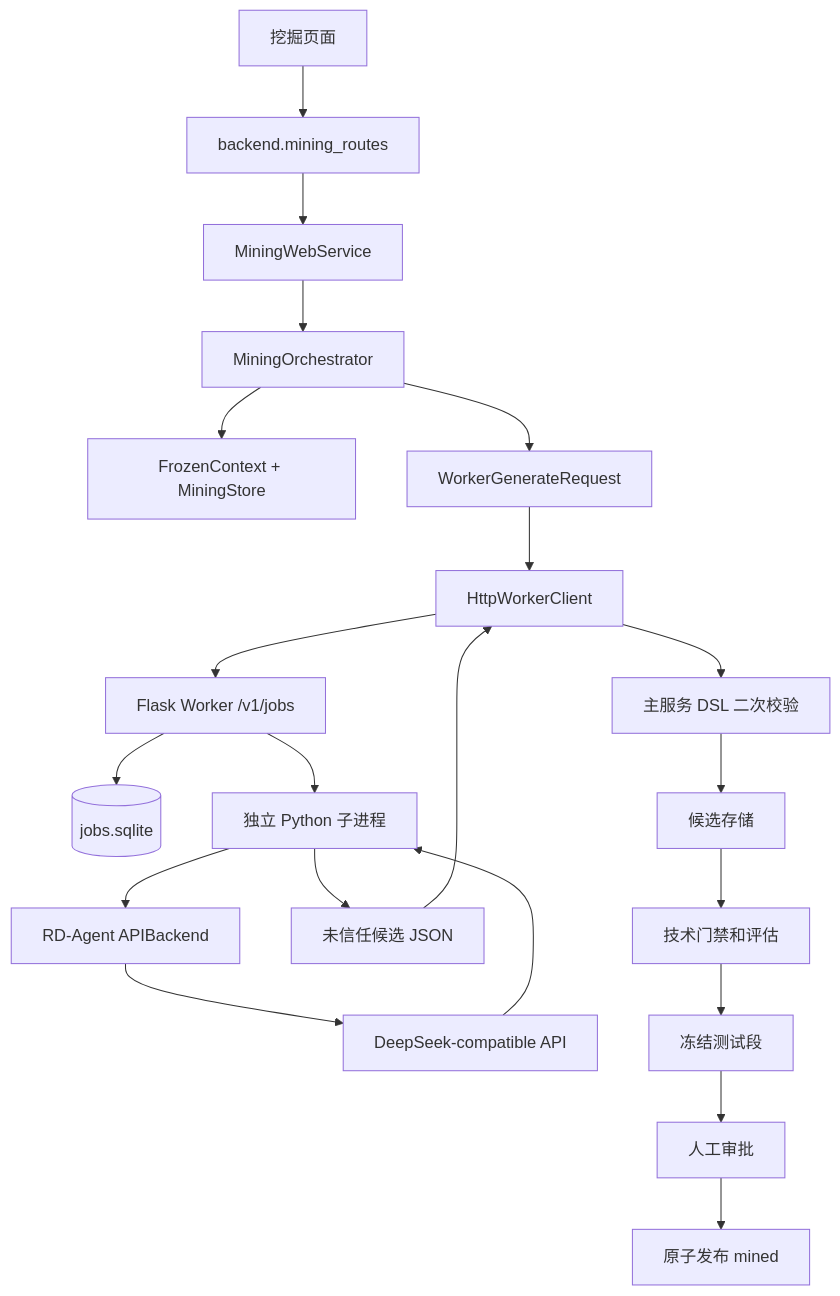
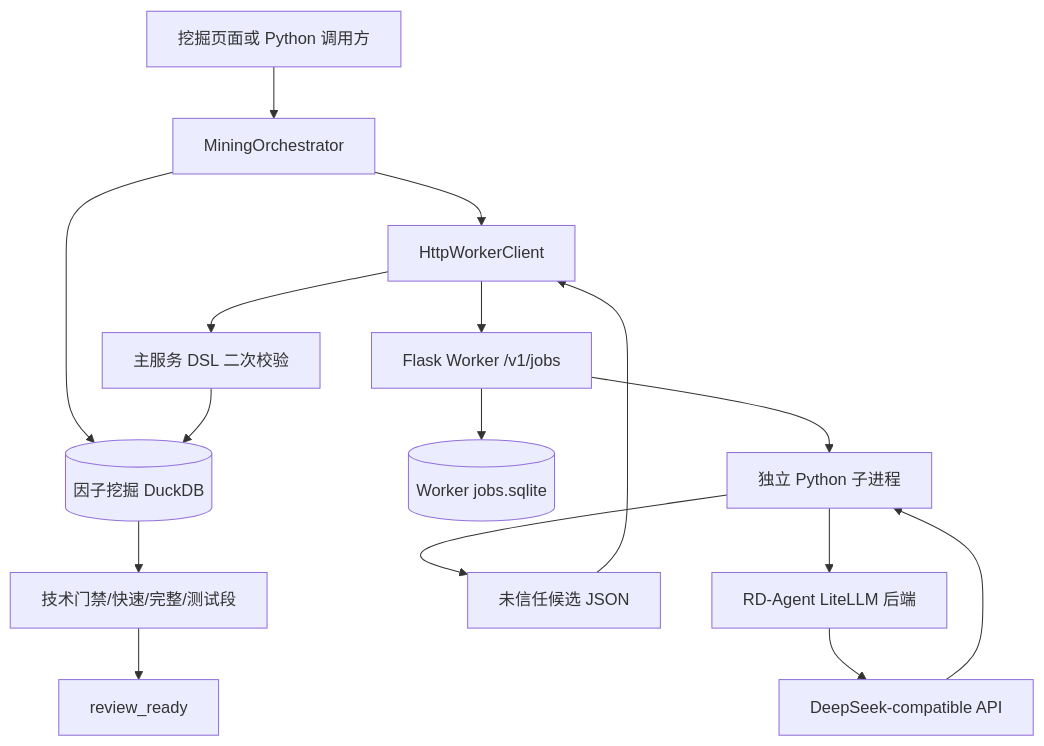
One commit to rowerman/quant-all changed the diagram in docs/project-guide/06-agent-orchestration.md. Above: the diagram before and after it, drawn with Mermaid. The commit also changed other lines of this file and 10 other files, not shown here.

````diff
--- a/docs/project-guide/06-agent-orchestration.md
+++ b/docs/project-guide/06-agent-orchestration.md
@@ -116,23 +36,18 @@
 ```mermaid
 flowchart TD
-  UI[挖掘页面] --> API[backend.mining_routes]
-  API --> SERVICE[MiningWebService]
-  SERVICE --> ORCH[MiningOrchestrator]
-  ORCH --> FROZEN[FrozenContext + MiningStore]
-  ORCH --> REQ[WorkerGenerateRequest]
-  REQ --> CLIENT[HttpWorkerClient]
-  CLIENT --> WORKER[Flask Worker /v1/jobs]
-  WORKER --> SQLITE[(jobs.sqlite)]
-  WORKER --> PROC[独立 Python 子进程]
-  PROC --> RD[RD-Agent APIBackend]
+  UI[挖掘页面或 Python 调用方] --> ORCH[MiningOrchestrator]
+  ORCH --> STORE[(因子挖掘 DuckDB)]
+  ORCH --> CLIENT[HttpWorkerClient]
+  CLIENT --> HTTP[Flask Worker /v1/jobs]
+  HTTP --> JOBS[(Worker jobs.sqlite)]
+  HTTP --> PROC[独立 Python 子进程]
+  PROC --> RD[RD-Agent LiteLLM 后端]
   RD --> LLM[DeepSeek-compatible API]
   LLM --> PROC
   PROC --> DRAFT[未信任候选 JSON]
   DRAFT --> CLIENT
   CLIENT --> VALIDATE[主服务 DSL 二次校验]
-  VALIDATE --> STORE[候选存储]
-  STORE --> EVAL[技术门禁和评估]
-  EVAL --> HOLD[冻结测试段]
-  HOLD --> REVIEW[人工审批]
-  REVIEW --> PUB[原子发布 mined]
+  VALIDATE --> STORE
+  STORE --> EVAL[技术门禁/快速/完整/测试段]
+  EVAL --> REVIEW[review_ready]
 ```
````
